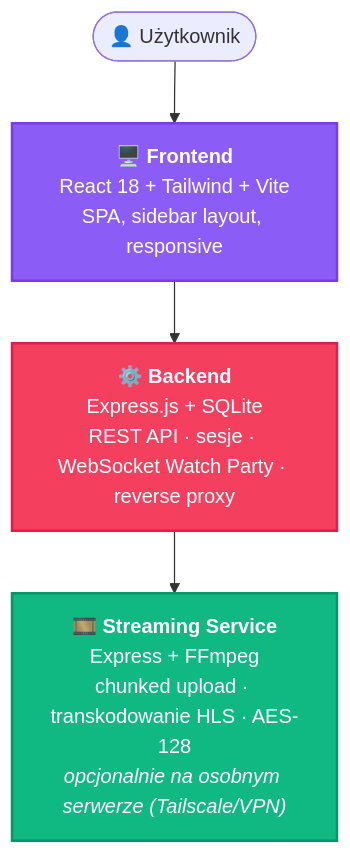
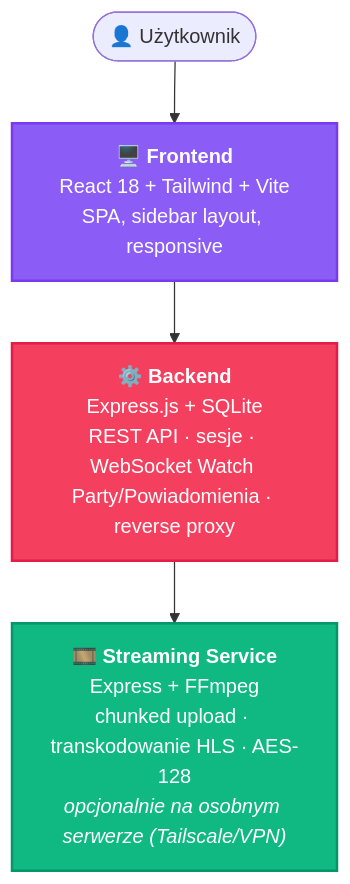
The diagram in README.md (mrfroncu/alleria-filmy-platform-3), drawn with Mermaid before and after one commit. The commit also changed other lines of this file, not shown here.

````diff
--- a/README.md
+++ b/README.md
@@ -196,16 +227,16 @@
 ```mermaid
 flowchart TB
     User(["👤 Użytkownik"]) --> FE
 
     FE["🖥️ <b>Frontend</b><br/>React 18 + Tailwind + Vite<br/>SPA, sidebar layout, responsive"]
     FE --> BE
 
-    BE["⚙️ <b>Backend</b><br/>Express.js + SQLite<br/>REST API · sesje · WebSocket Watch Party · reverse proxy"]
+    BE["⚙️ <b>Backend</b><br/>Express.js + SQLite<br/>REST API · sesje · WebSocket Watch Party/Powiadomienia · reverse proxy"]
     BE --> ST
 
     ST["🎞️ <b>Streaming Service</b><br/>Express + FFmpeg<br/>chunked upload · transkodowanie HLS · AES-128<br/><i>opcjonalnie na osobnym serwerze (Tailscale/VPN)</i>"]
 
     style FE fill:#8b5cf6,color:#fff,stroke:#7c3aed,stroke-width:2px
     style BE fill:#f43f5e,color:#fff,stroke:#e11d48,stroke-width:2px
     style ST fill:#10b981,color:#fff,stroke:#059669,stroke-width:2px
 ```
````
